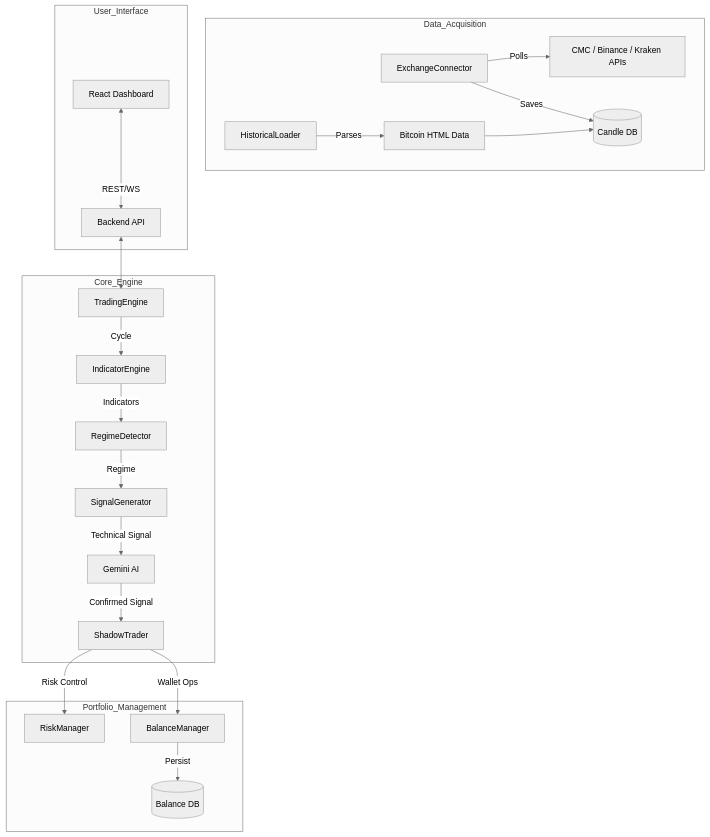
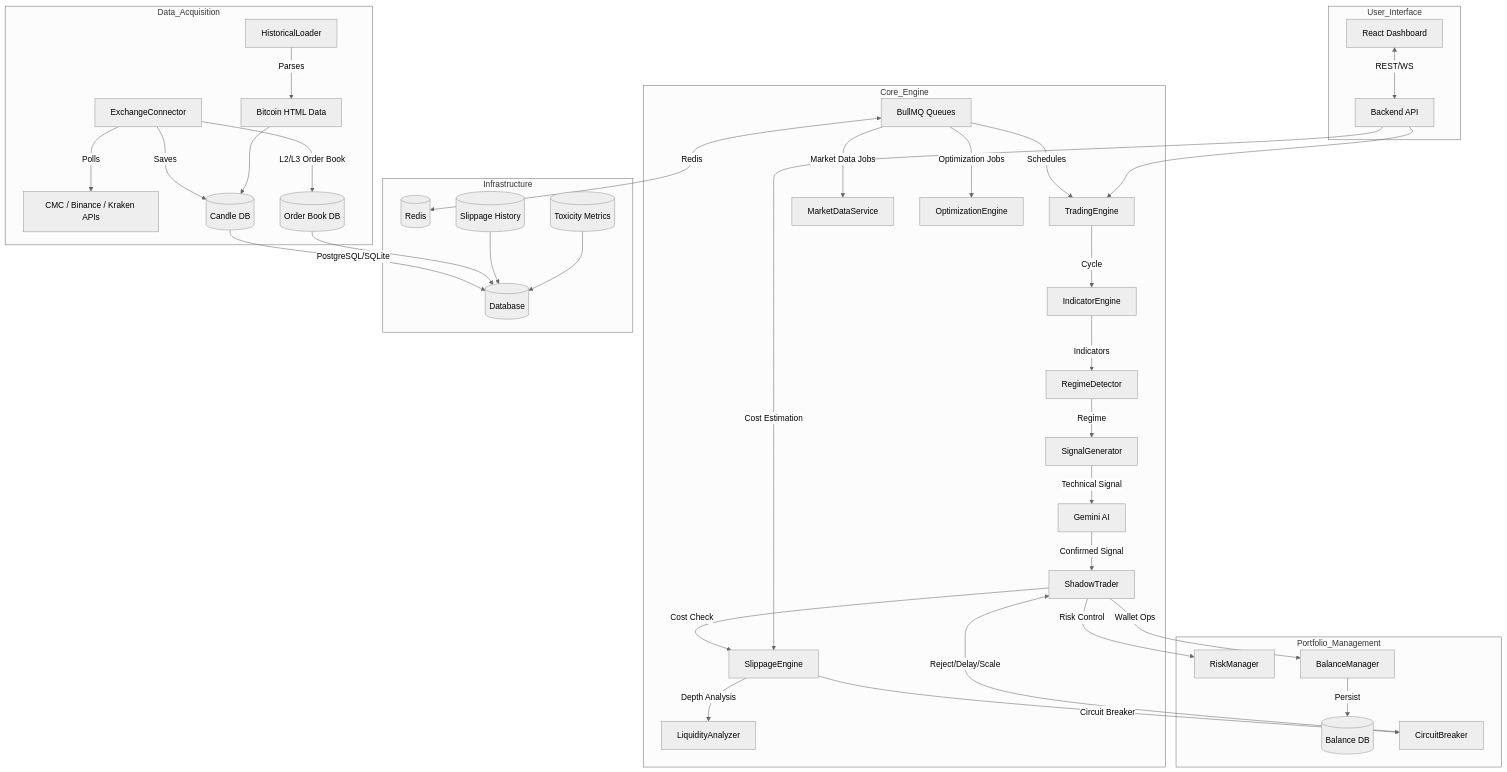
Before and after one commit to skenglord/Shady_Trader: the diagram in AGENTS.md, drawn with Mermaid (neutral theme). The commit also changed other lines of this file and 235 other files, not shown here.

````diff
--- a/AGENTS.md
+++ b/AGENTS.md
@@ -8,28 +8,45 @@
 ```mermaid
 graph TD
     subgraph Data_Acquisition
         EC[ExchangeConnector] -->|Polls| MKT[CMC / Binance / Kraken APIs]
+        EC -->|L2/L3 Order Book| OBS[(Order Book DB)]
         EC -->|Saves| CDB[(Candle DB)]
         HL[HistoricalLoader] -->|Parses| HTML[Bitcoin HTML Data]
         HTML --> CDB
     end
 
     subgraph Core_Engine
         TE[TradingEngine] -->|Cycle| IE[IndicatorEngine]
         IE -->|Indicators| RD[RegimeDetector]
         RD -->|Regime| SG[SignalGenerator]
         SG -->|Technical Signal| AI_G[Gemini AI]
         AI_G -->|Confirmed Signal| ST[ShadowTrader]
+        ST -->|Cost Check| SE[SlippageEngine]
+        SE -->|Depth Analysis| LA[LiquidityAnalyzer]
+        RQ[BullMQ Queues] -->|Schedules| TE
+        RQ -->|Market Data Jobs| MDS[MarketDataService]
+        RQ -->|Optimization Jobs| OE[OptimizationEngine]
     end
 
     subgraph Portfolio_Management
         ST -->|Risk Control| RM[RiskManager]
         ST -->|Wallet Ops| BM[BalanceManager]
         BM -->|Persist| BDB[(Balance DB)]
+        SE -->|Circuit Breaker| CB[CircuitBreaker]
+        CB -->|Reject/Delay/Scale| ST
+    end
+
+    subgraph Infrastructure
+        RQ <-->|Redis| REDIS[(Redis)]
+        CDB -->|PostgreSQL/SQLite| PG[(Database)]
+        OBS --> PG
+        SH[(Slippage History)] --> PG
+        TM[(Toxicity Metrics)] --> PG
     end
 
     subgraph User_Interface
         UI[React Dashboard] <-->|REST/WS| API[Backend API]
-        API <--> TE
+        API --> TE
+        API -->|Cost Estimation| SE
     end
 ```
````
